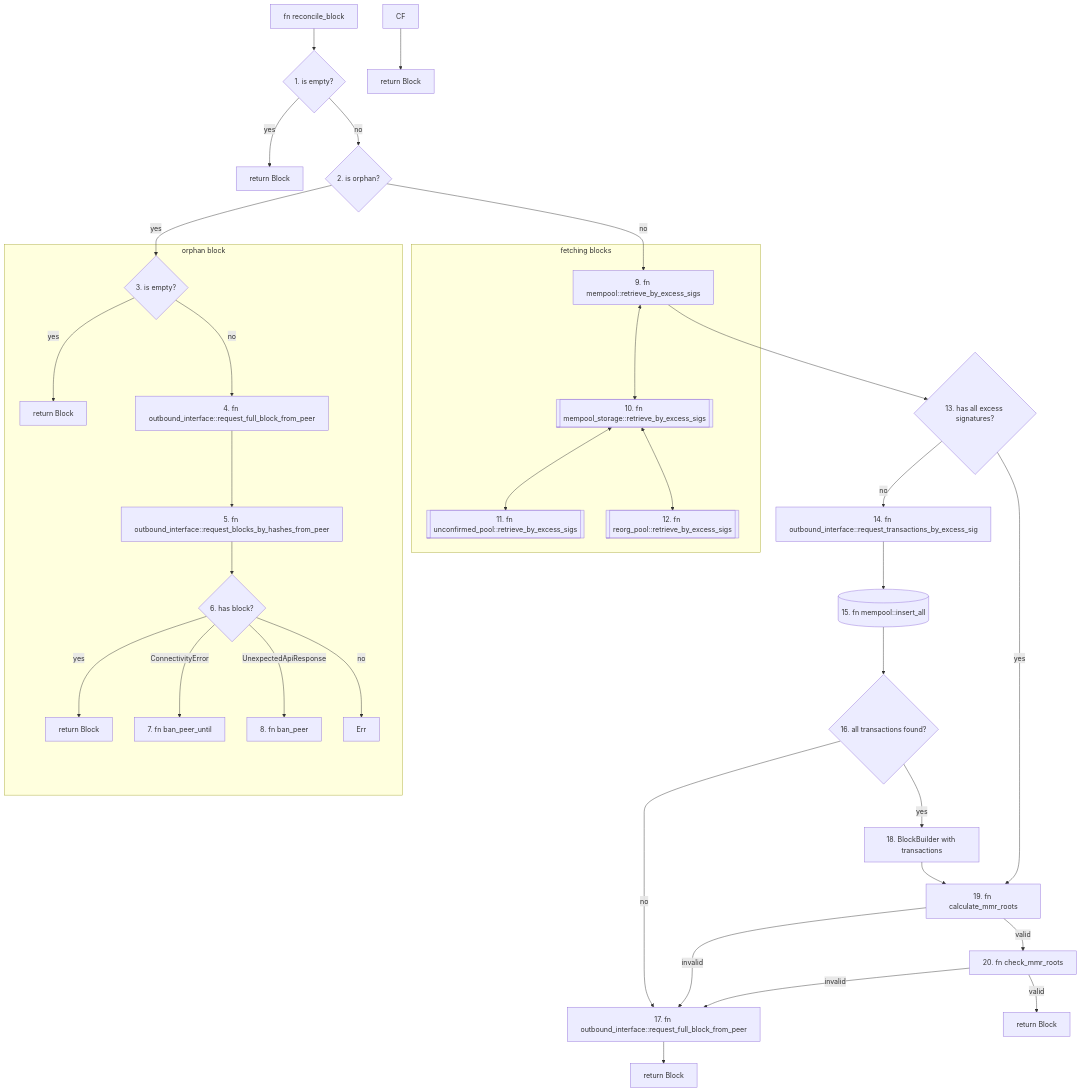
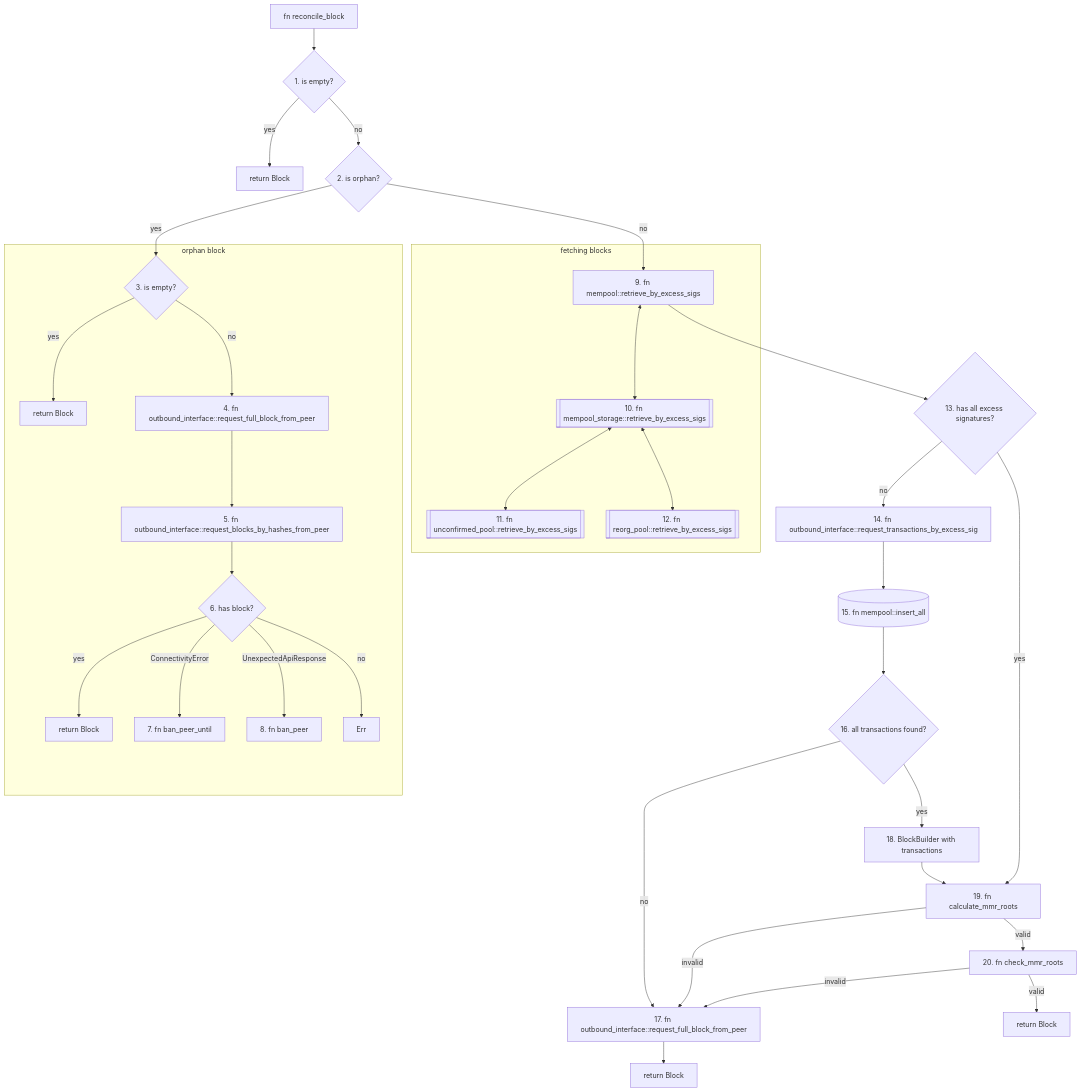
The diagram in docs/src/diagrams/reconcile_block.md (tari-project/tari), drawn with Mermaid before and after one commit.

Commit message:
Remove leftover path

````diff
--- a/docs/src/diagrams/reconcile_block.md
+++ b/docs/src/diagrams/reconcile_block.md
@@ -15,44 +15,43 @@
 ```mermaid
 
 flowchart TD
     A[fn reconcile_block] --> AA{1. is empty?}
     AA --yes --> AB[return Block]
     AA --no --> AC{2. is orphan?}
     AC --yes --> D
     AC --no --> B[9. fn mempool::retrieve_by_excess_sigs]
     
     subgraph fetching blocks
         B <--> BA[[10. fn mempool_storage::retrieve_by_excess_sigs]]
         BA <--> BB[[11. fn unconfirmed_pool::retrieve_by_excess_sigs]]
         BA <--> BC[[12. fn reorg_pool::retrieve_by_excess_sigs]]
     end
     
     B --> C{13. has all excess signatures?}
     C --no --> CA[14. fn outbound_interface::request_transactions_by_excess_sig]
     CA --> CC[(15. fn mempool::insert_all)]
     CC --> CE{16. all transactions found?}
     CE --no --> CJ
     CE --yes --> CD[18. BlockBuilder with transactions]
     C --yes --> CB[19. fn calculate_mmr_roots]
     CB --invalid --> CJ[17. fn outbound_interface::request_full_block_from_peer]
     CJ --> CK[return Block]
     CB --valid --> CL[20. fn check_mmr_roots]
     CL --invalid --> CJ
     CD --> CB
     CL --valid --> CM[return Block]
-    CF --> CG[return Block]
 
     subgraph orphan block
         D{3. is empty?}
         D --yes --> DA[return Block]
         D --no --> DB[4. fn outbound_interface::request_full_block_from_peer]
         DB --> DC[5. fn outbound_interface::request_blocks_by_hashes_from_peer]
         DC --> DD{6. has block?}
         DD --yes --> DE[return Block]
         DD --ConnectivityError --> DF[7. fn ban_peer_until]
         DD --UnexpectedApiResponse --> DG[8. fn ban_peer]
         DD --no --> DH[Err]
     end
     
     classDef note fill:#eee,stroke:#ccc
 ```
````
